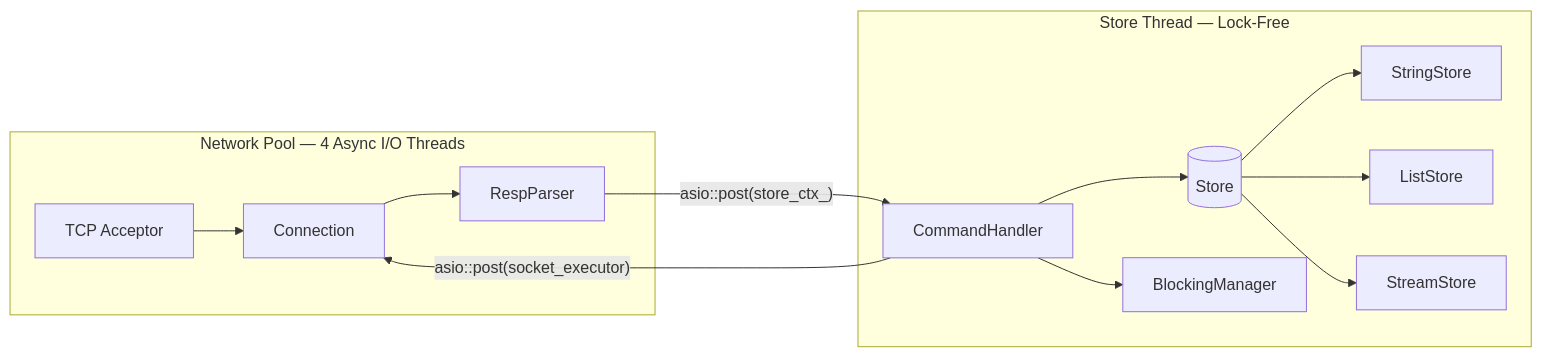
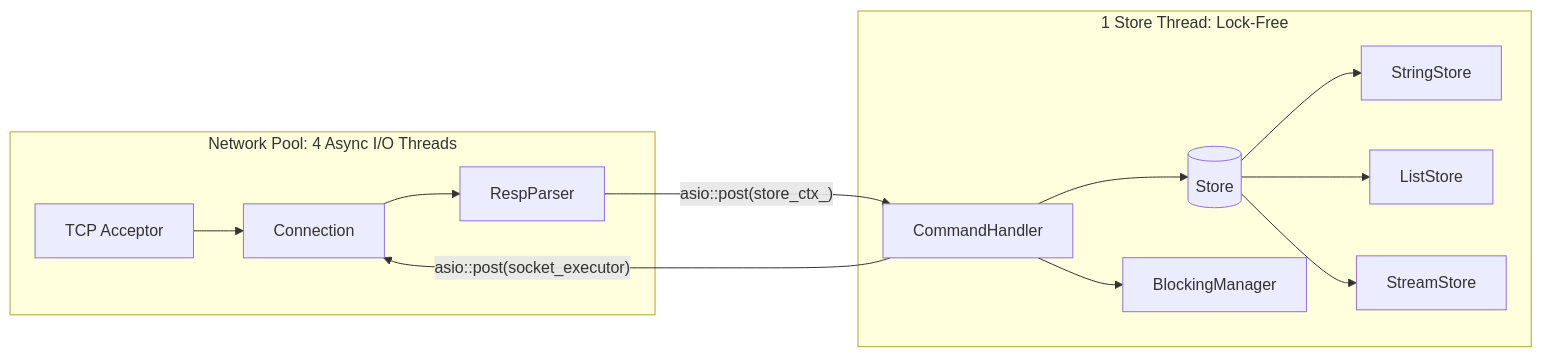
Before and after one commit to fgulde/redis-clone: the first of 2 diagrams in README.md, drawn with Mermaid. The commit also changed other lines of this file and 17 other files, not shown here.

Commit message:
Refactor architecture by adding state folder

````diff
--- a/README.md
+++ b/README.md
@@ -101,18 +101,18 @@
 ```mermaid
 flowchart LR
-    subgraph net_pool["Network Pool — 4 Async I/O Threads"]
+    subgraph net_pool["Network Pool: 4 Async I/O Threads"]
         A[TCP Acceptor] --> B[Connection]
         B --> C[RespParser]
     end
 
-    subgraph store_thread["Store Thread — Lock-Free"]
+    subgraph store_thread["1 Store Thread: Lock-Free"]
         D[CommandHandler] --> E[(Store)]
         D --> F[BlockingManager]
         E --> G[StringStore]
         E --> H[ListStore]
         E --> I[StreamStore]
     end
 
     C -->|"asio::post(store_ctx_)"| D
     D -->|"asio::post(socket_executor)"| B
 ```
````
